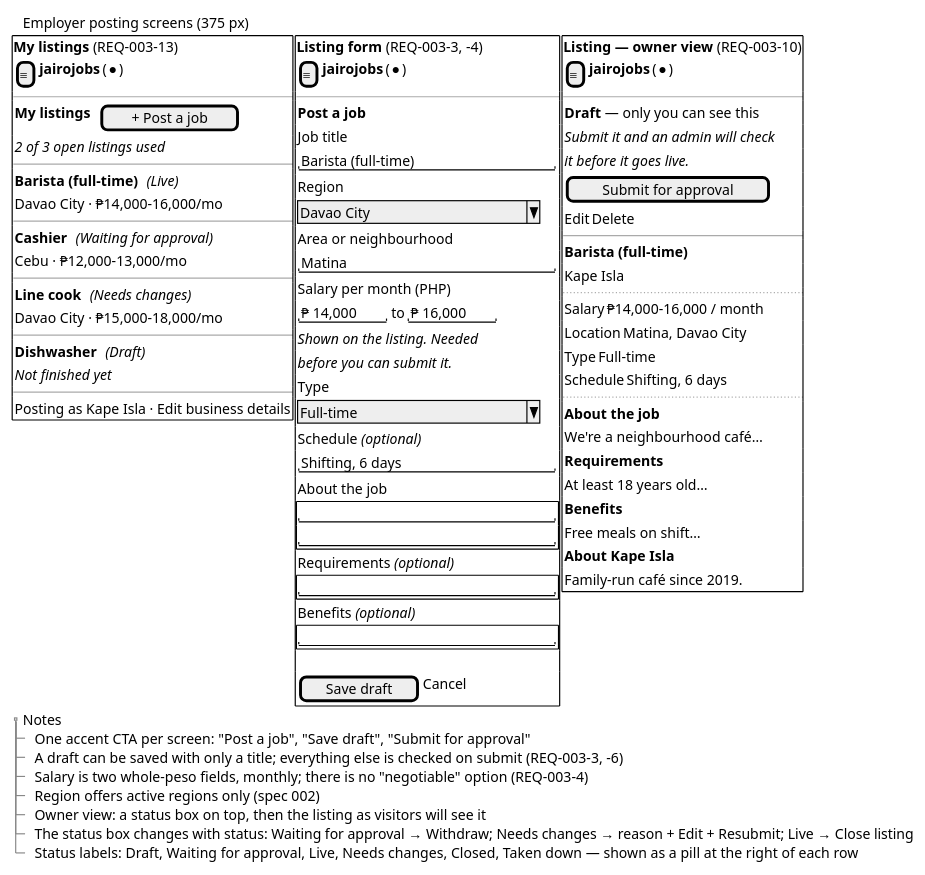
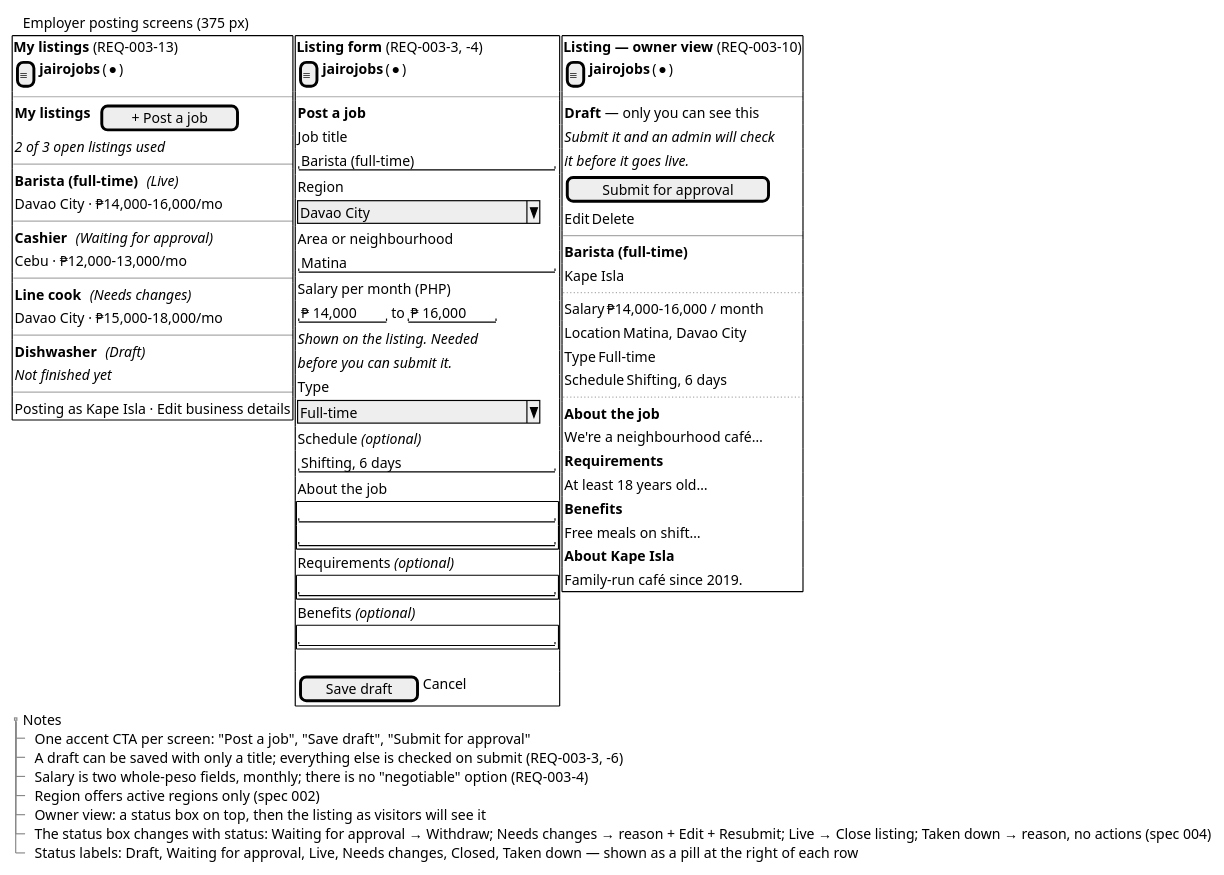
Before and after one commit to raseniero/jairojobs-elixir: the diagram in docs/specs/003-listings-employer-posting/diagrams/wireframe-posting.puml, drawn with PlantUML. The commit also changed 16 other files, not shown here.

Commit message:
feat(web): reject and take down with a reason (REQ-004-6, REQ-004-7)

```diff
--- a/docs/specs/003-listings-employer-posting/diagrams/wireframe-posting.puml
+++ b/docs/specs/003-listings-employer-posting/diagrams/wireframe-posting.puml
@@ -1,96 +1,96 @@
 @startsalt wireframe-posting
 ' Spec 003 — employer posting screens at phone width (REQ-003-3, -4, -10, -13).
 ' Wireframe only — not a visual design.
 
 {
   {T
     + Employer posting screens (375 px)
   }
   {
     {+ <b>My listings</b> (REQ-003-13)
       { [≡] | <b>jairojobs</b> | (●) }
       --
       { <b>My listings</b> | . | [ + Post a job ] }
       { <i>2 of 3 open listings used</i> }
       --
       { <b>Barista (full-time)</b> | . | <i>(Live)</i> }
       { Davao City · ₱14,000–16,000/mo }
       --
       { <b>Cashier</b> | . | <i>(Waiting for approval)</i> }
       { Cebu · ₱12,000–13,000/mo }
       --
       { <b>Line cook</b> | . | <i>(Needs changes)</i> }
       { Davao City · ₱15,000–18,000/mo }
       --
       { <b>Dishwasher</b> | . | <i>(Draft)</i> }
       { <i>Not finished yet</i> }
       --
       { Posting as Kape Isla · Edit business details }
     } |
     {+ <b>Listing form</b> (REQ-003-3, -4)
       { [≡] | <b>jairojobs</b> | (●) }
       --
       { <b>Post a job</b> }
       { Job title }
       { "Barista (full-time)        " }
       { Region }
       { ^Davao City              ^ }
       { Area or neighbourhood }
       { "Matina                     " }
       { Salary per month (PHP) }
       { "₱ 14,000 " | to | "₱ 16,000 " }
       { <i>Shown on the listing. Needed</i> }
       { <i>before you can submit it.</i> }
       { Type }
       { ^Full-time               ^ }
       { Schedule <i>(optional)</i> }
       { "Shifting, 6 days           " }
       { About the job }
       {+ "                           "
          "                           " }
       { Requirements <i>(optional)</i> }
       {+ "                           " }
       { Benefits <i>(optional)</i> }
       {+ "                           " }
       .
       { [ Save draft ] | Cancel }
     } |
     {+ <b>Listing — owner view</b> (REQ-003-10)
       { [≡] | <b>jairojobs</b> | (●) }
       --
       { <b>Draft</b> — only you can see this }
       { <i>Submit it and an admin will check</i> }
       { <i>it before it goes live.</i> }
       { [ Submit for approval ] }
       { Edit | Delete }
       --
       { <b>Barista (full-time)</b> }
       { Kape Isla }
       ..
       { Salary | ₱14,000–16,000 / month }
       { Location | Matina, Davao City }
       { Type | Full-time }
       { Schedule | Shifting, 6 days }
       ..
       { <b>About the job</b> }
       { We're a neighbourhood café… }
       { <b>Requirements</b> }
       { At least 18 years old… }
       { <b>Benefits</b> }
       { Free meals on shift… }
       { <b>About Kape Isla</b> }
       { Family-run café since 2019. }
     }
   }
   {T
     + Notes
     ++ One accent CTA per screen: "Post a job", "Save draft", "Submit for approval"
     ++ A draft can be saved with only a title; everything else is checked on submit (REQ-003-3, -6)
     ++ Salary is two whole-peso fields, monthly; there is no "negotiable" option (REQ-003-4)
     ++ Region offers active regions only (spec 002)
     ++ Owner view: a status box on top, then the listing as visitors will see it
-    ++ The status box changes with status: Waiting for approval → Withdraw; Needs changes → reason + Edit + Resubmit; Live → Close listing
+    ++ The status box changes with status: Waiting for approval → Withdraw; Needs changes → reason + Edit + Resubmit; Live → Close listing; Taken down → reason, no actions (spec 004)
     ++ Status labels: Draft, Waiting for approval, Live, Needs changes, Closed, Taken down — shown as a pill at the right of each row
   }
 }
 @endsalt
```
